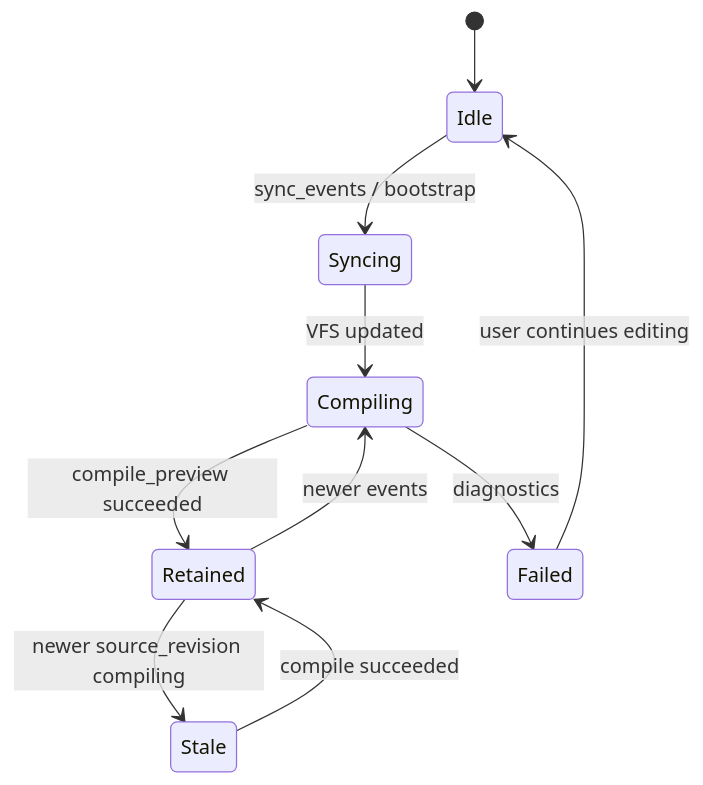
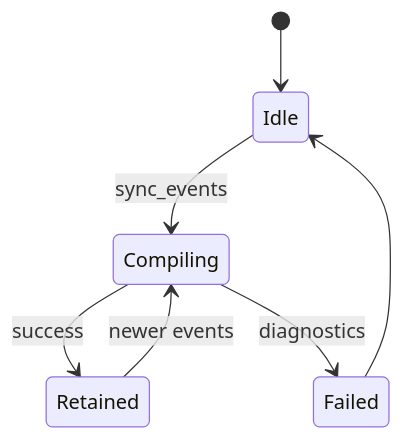
One commit to andmoreduro/ergo changed the third of 5 diagrams in context/state-diagrams.md. Above: the diagram before and after it, drawn with Mermaid. The commit also changed other lines of this file and 374 other files, not shown here.

````diff
--- a/context/state-diagrams.md
+++ b/context/state-diagrams.md
@@ -52,14 +37,10 @@
 ```mermaid
 stateDiagram-v2
     direction TB
-
     [*] --> Idle
-    Idle --> Syncing : sync_events / bootstrap
-    Syncing --> Compiling : VFS updated
-    Compiling --> Retained : compile_preview succeeded
+    Idle --> Compiling : sync_events
+    Compiling --> Retained : success
     Compiling --> Failed : diagnostics
-    Failed --> Idle : user continues editing
+    Failed --> Idle
     Retained --> Compiling : newer events
-    Retained --> Stale : newer source_revision compiling
-    Stale --> Retained : compile succeeded
 ```
````
